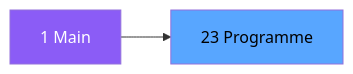
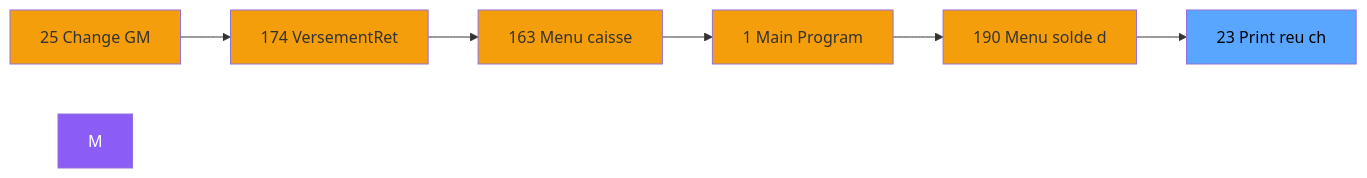
Before and after one commit to thonyAGP/magic-migration: the second of 3 diagrams in .openspec/specs/ADH-IDE-23.md, drawn with Mermaid. The commit also changed other lines of this file and 323 other files, not shown here.

````diff
--- a/.openspec/specs/ADH-IDE-23.md
+++ b/.openspec/specs/ADH-IDE-23.md
@@ -107,8 +133,21 @@
 ```mermaid
 graph LR
-    M[1 Main]
-    T[23 Programme]
-    M --> T
+    N25[25 Change GM]
+    N174[174 VersementRet]
+    N163[163 Menu caisse ]
+    N1[1 Main Program]
+    N190[190 Menu solde d]
+    T[23 Print reu ch]
+    N25 --> N174
+    N174 --> N163
+    N163 --> N1
+    N1 --> N190
+    N190 --> T
     style M fill:#8b5cf6,color:#fff
+    style N25 fill:#f59e0b
+    style N174 fill:#f59e0b
+    style N163 fill:#f59e0b
+    style N1 fill:#f59e0b
+    style N190 fill:#f59e0b
     style T fill:#58a6ff,color:#000
 ```
````
